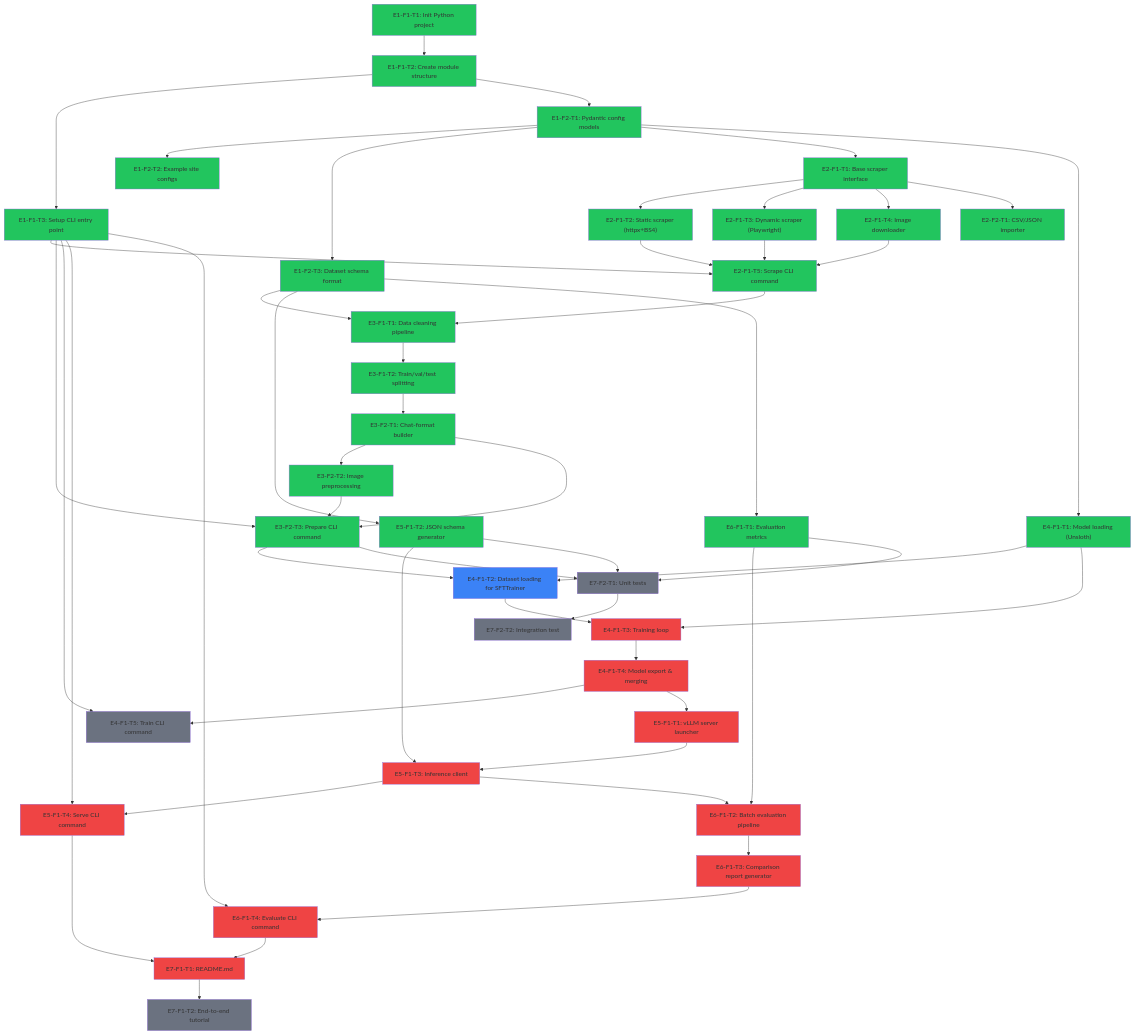
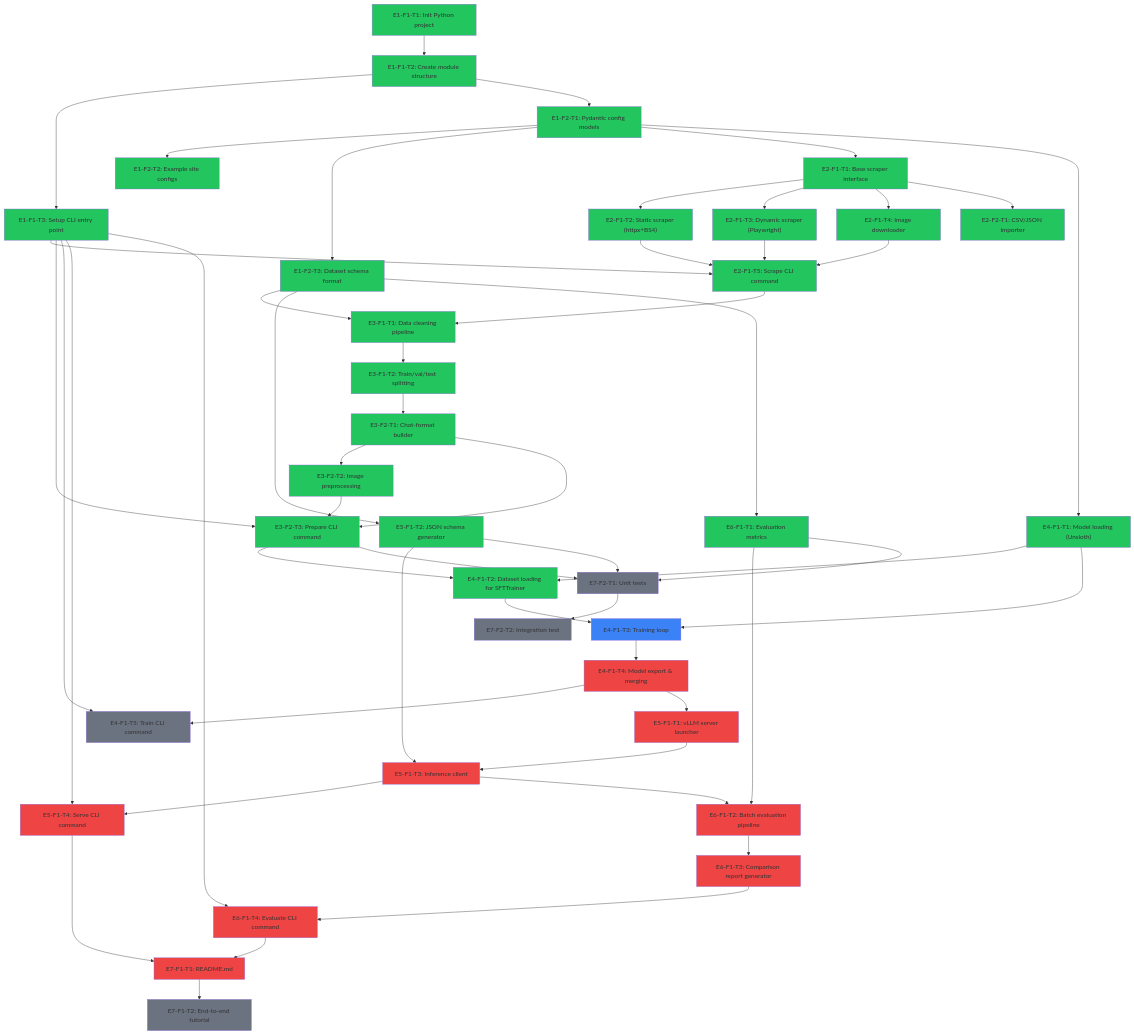
The diagram in ROADMAP.md (Vutiot/ArticleTagging), drawn with Mermaid before and after one commit. The commit also changed other lines of this file and 1 other file, not shown here.

Commit message:
E4-F1-T2: Implement dataset loading for SFTTrainer
- load_training_dataset(): loads JSONL, resolves image paths to PIL
  objects for UnslothVisionDataCollator, returns HF Datasets
- get_vision_data_collator(): wraps UnslothVisionDataCollator import
- Handles missing/broken images gracefully (warns, skips)
- Text-only mode skips image resolution entirely

```diff
--- a/ROADMAP.md
+++ b/ROADMAP.md
@@ -137,12 +137,12 @@
   style E3F1T2 fill:#22c55e
   style E3F2T1 fill:#22c55e
   style E3F2T3 fill:#22c55e
+  style E4F1T2 fill:#22c55e
 
   %% Ready (blue) — all blockers resolved
-  style E4F1T2 fill:#3b82f6
+  style E4F1T3 fill:#3b82f6
 
   %% Critical path remaining (red)
-  style E4F1T3 fill:#ef4444
   style E4F1T4 fill:#ef4444
   style E5F1T1 fill:#ef4444
   style E5F1T3 fill:#ef4444
```
